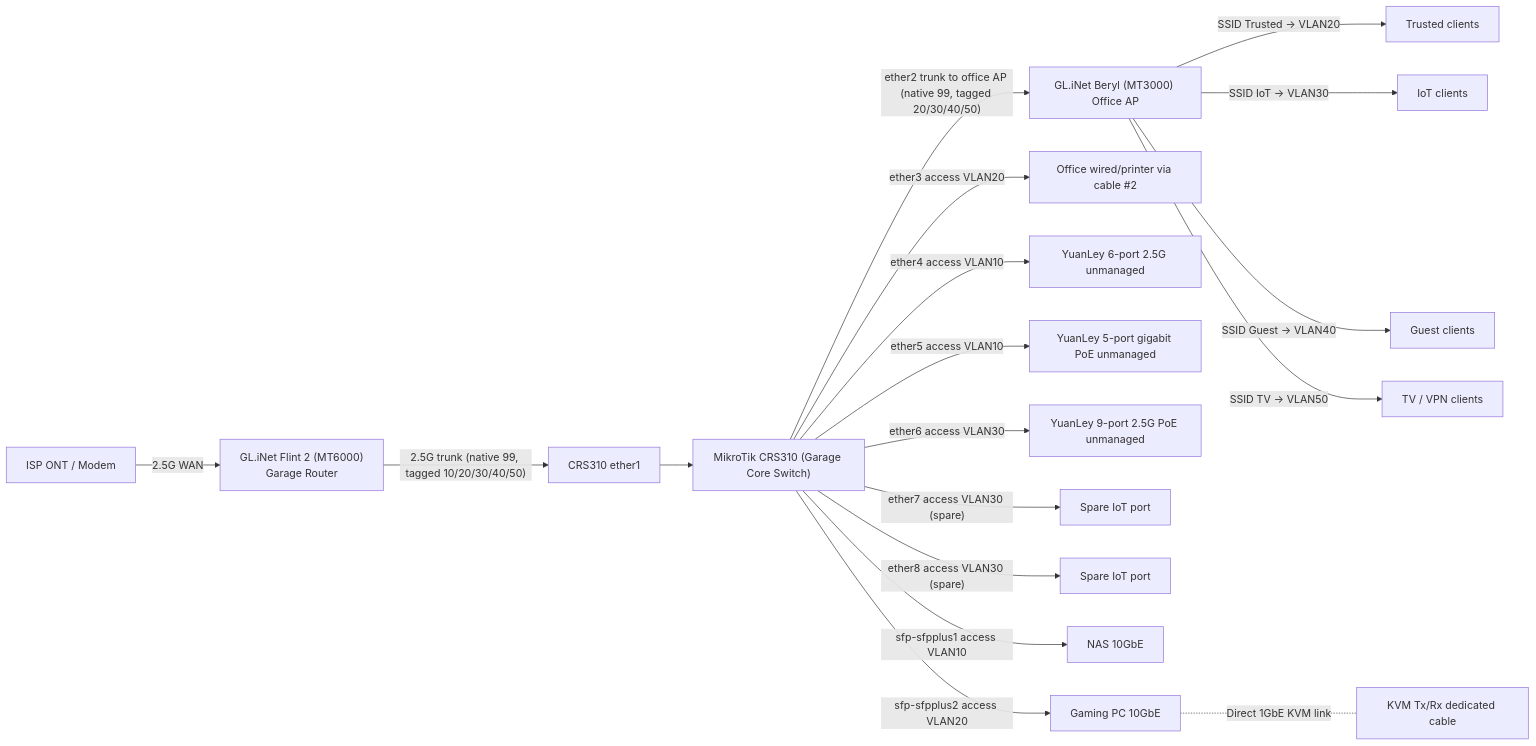
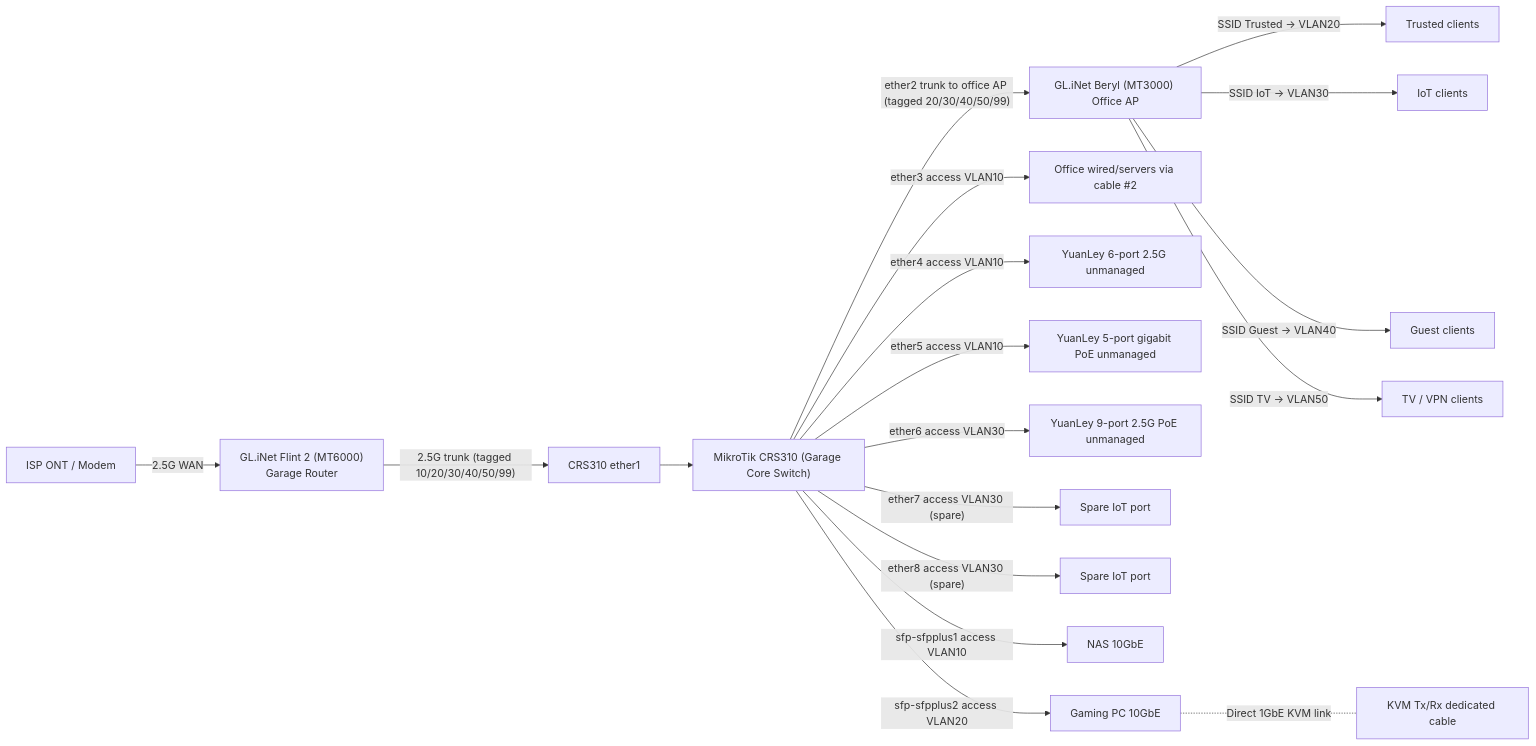
One commit to Bigalan09/homelab-ansible-network changed the diagram in docs/how-to/garage-office-topology.md. Above: the diagram before and after it, drawn with Mermaid. The commit also changed other lines of this file and 12 other files, not shown here.

Commit message:
Align network topology with design: tagged VLAN 99 trunks, 10.99.0.0/24 management, SSID naming (#14)

````diff
--- a/docs/how-to/garage-office-topology.md
+++ b/docs/how-to/garage-office-topology.md
@@ -51,24 +51,24 @@
 ```mermaid
 flowchart LR
   ISP["ISP ONT / Modem"] -->|"2.5G WAN"| MT6000["GL.iNet Flint 2 (MT6000)<br/>Garage Router"]
 
-  MT6000 -->|"2.5G trunk (native 99, tagged 10/20/30/40/50)"| CRS_E1["CRS310 ether1"]
+  MT6000 -->|"2.5G trunk (tagged 10/20/30/40/50/99)"| CRS_E1["CRS310 ether1"]
   CRS_E1 --> CRS["MikroTik CRS310 (Garage Core Switch)"]
 
-  CRS -->|"ether2 trunk to office AP (native 99, tagged 20/30/40/50)"| AP["GL.iNet Beryl (MT3000) Office AP"]
+  CRS -->|"ether2 trunk to office AP (tagged 20/30/40/50/99)"| AP["GL.iNet Beryl (MT3000) Office AP"]
   AP -->|"SSID Trusted -> VLAN20"| WIFI20["Trusted clients"]
   AP -->|"SSID IoT -> VLAN30"| WIFI30["IoT clients"]
   AP -->|"SSID Guest -> VLAN40"| WIFI40["Guest clients"]
   AP -->|"SSID TV -> VLAN50"| WIFI50["TV / VPN clients"]
 
-  CRS -->|"ether3 access VLAN20"| OFFICE_WIRED["Office wired/printer via cable #2"]
+  CRS -->|"ether3 access VLAN10"| OFFICE_WIRED["Office wired/servers via cable #2"]
   CRS -->|"ether4 access VLAN10"| SW25["YuanLey 6-port 2.5G unmanaged"]
   CRS -->|"ether5 access VLAN10"| SW1G["YuanLey 5-port gigabit PoE unmanaged"]
   CRS -->|"ether6 access VLAN30"| SWPOE["YuanLey 9-port 2.5G PoE unmanaged"]
   CRS -->|"ether7 access VLAN30 (spare)"| SPARE7["Spare IoT port"]
   CRS -->|"ether8 access VLAN30 (spare)"| SPARE8["Spare IoT port"]
 
   CRS -->|"sfp-sfpplus1 access VLAN10"| NAS["NAS 10GbE"]
   CRS -->|"sfp-sfpplus2 access VLAN20"| GAMEPC["Gaming PC 10GbE"]
   GAMEPC -. "Direct 1GbE KVM link" .- KVM["KVM Tx/Rx dedicated cable"]
 ```
````
